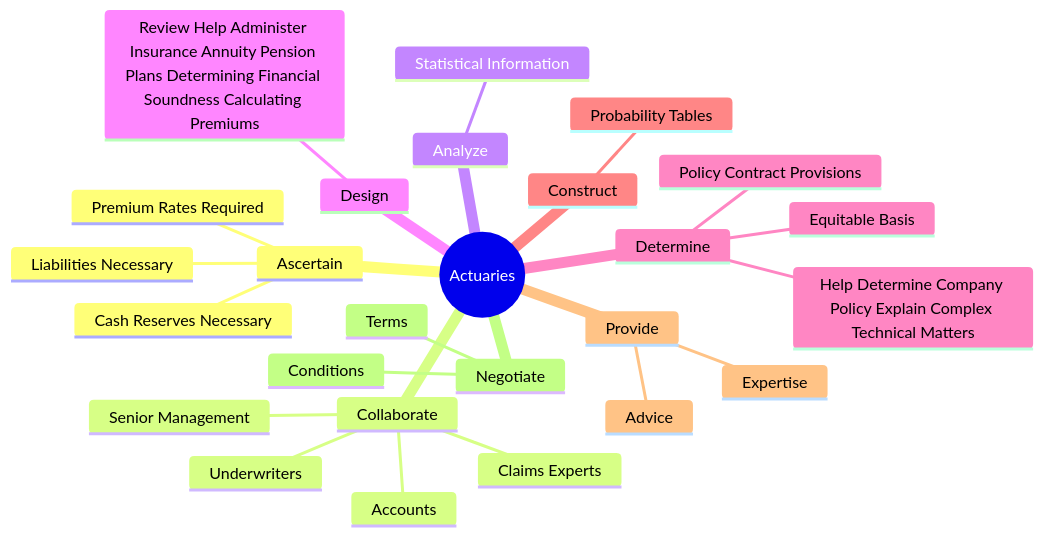
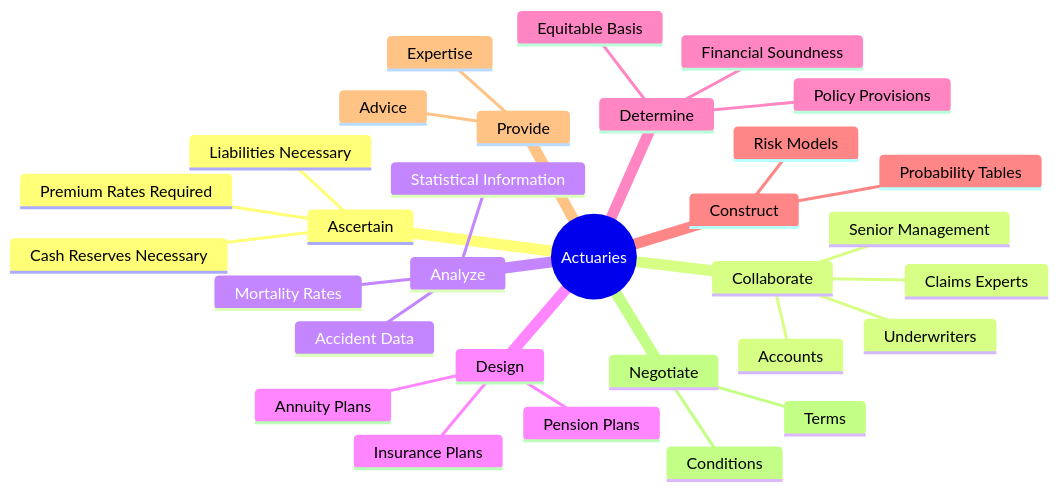
The second of 4 diagrams in occupations/Technology/Actuaries.mdx (kziemski/business.org.ai), drawn with Mermaid before and after one commit. The commit also changed other lines of this file and 938 other files, not shown here.

````diff
--- a/occupations/Technology/Actuaries.mdx
+++ b/occupations/Technology/Actuaries.mdx
@@ -37,29 +45,34 @@
 ```mermaid
 mindmap
     root(("Actuaries"))
         Ascertain
             Premium Rates Required
             Cash Reserves Necessary
             Liabilities Necessary
         Collaborate
             Underwriters
             Accounts
             Claims Experts
             Senior Management
         Analyze
             Statistical Information
+            Mortality Rates
+            Accident Data
         Design
-            Review Help Administer Insurance Annuity Pension Plans Determining Financial Soundness Calculating Premiums
+            Insurance Plans
+            Annuity Plans
+            Pension Plans
         Determine
-            Help Determine Company Policy Explain Complex Technical Matters
+            Policy Provisions
             Equitable Basis
-            Policy Contract Provisions
+            Financial Soundness
         Construct
             Probability Tables
+            Risk Models
         Provide
             Advice
             Expertise
         Negotiate
             Terms
             Conditions
 ```
````
